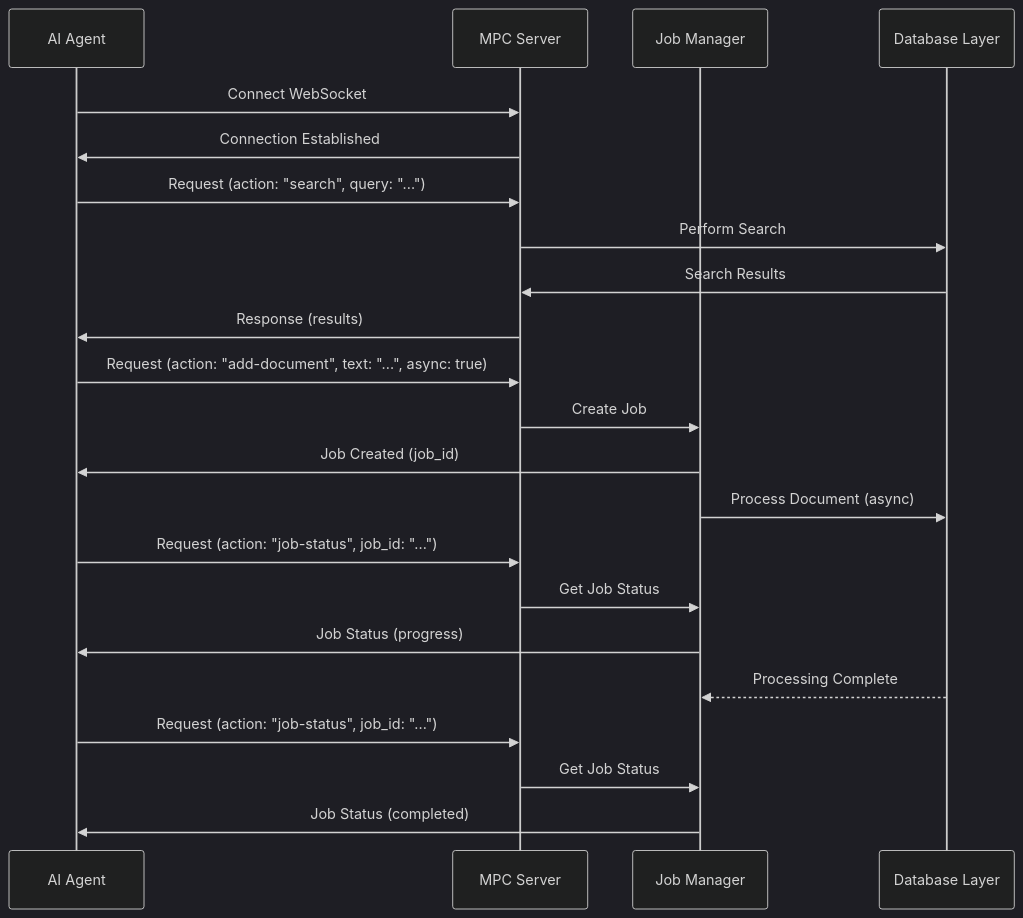
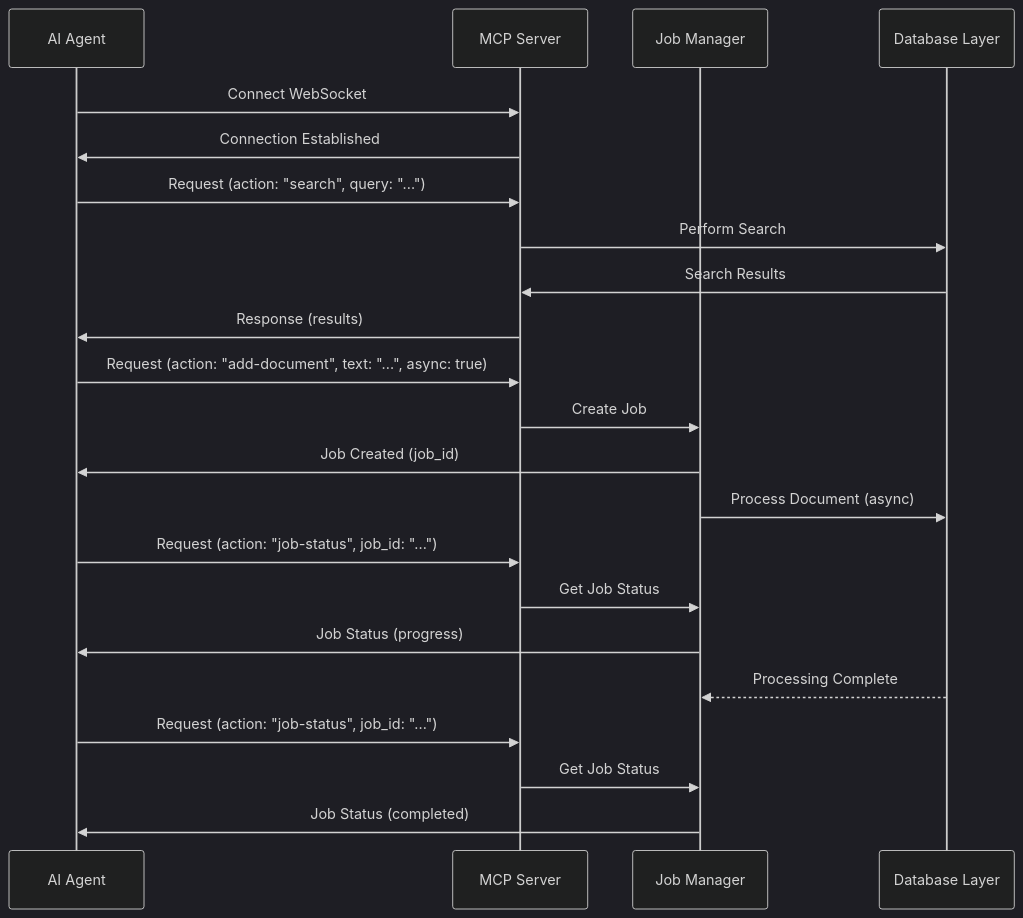
The seventh of 13 diagrams in specs/design/design.md (agileandy/graphRAG), drawn with Mermaid (dark theme) before and after one commit. The commit also changed other lines of this file and 18 other files, not shown here.

````diff
--- a/specs/design/design.md
+++ b/specs/design/design.md
@@ -388,26 +391,26 @@
 ```mermaid
 sequenceDiagram
     participant Agent as AI Agent
-    participant MPC as MPC Server
+    participant MCP as MCP Server
     participant JM as Job Manager
     participant DB as Database Layer
 
-    Agent->>MPC: Connect WebSocket
-    MPC->>Agent: Connection Established
-    Agent->>MPC: Request (action: "search", query: "...")
-    MPC->>DB: Perform Search
-    DB->>MPC: Search Results
-    MPC->>Agent: Response (results)
+    Agent->>MCP: Connect WebSocket
+    MCP->>Agent: Connection Established
+    Agent->>MCP: Request (action: "search", query: "...")
+    MCP->>DB: Perform Search
+    DB->>MCP: Search Results
+    MCP->>Agent: Response (results)
 
-    Agent->>MPC: Request (action: "add-document", text: "...", async: true)
-    MPC->>JM: Create Job
+    Agent->>MCP: Request (action: "add-document", text: "...", async: true)
+    MCP->>JM: Create Job
     JM->>Agent: Job Created (job_id)
     JM->>DB: Process Document (async)
-    Agent->>MPC: Request (action: "job-status", job_id: "...")
-    MPC->>JM: Get Job Status
+    Agent->>MCP: Request (action: "job-status", job_id: "...")
+    MCP->>JM: Get Job Status
     JM->>Agent: Job Status (progress)
     DB-->>JM: Processing Complete
-    Agent->>MPC: Request (action: "job-status", job_id: "...")
-    MPC->>JM: Get Job Status
+    Agent->>MCP: Request (action: "job-status", job_id: "...")
+    MCP->>JM: Get Job Status
     JM->>Agent: Job Status (completed)
 ```
````
